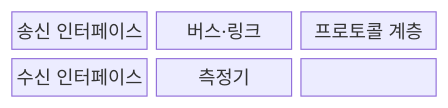
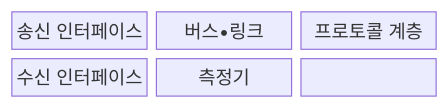
The first of 2 diagrams in src/content/docs/notes/02-hardware/076_bus_bandwidth.md (agnusdei1207/knowledge-base), drawn with Mermaid before and after one commit. The commit also changed other lines of this file and 953 other files, not shown here.

````diff
--- a/src/content/docs/notes/02-hardware/076_bus_bandwidth.md
+++ b/src/content/docs/notes/02-hardware/076_bus_bandwidth.md
@@ -72,11 +72,11 @@
 ```mermaid
 block
   columns 3
   A["송신 인터페이스"]
-  B["버스·링크"]
+  B["버스•링크"]
   C["프로토콜 계층"]
   D["수신 인터페이스"]
   E["측정기"]
   A --- C --- B
   B --- D --- E
 ```
````
